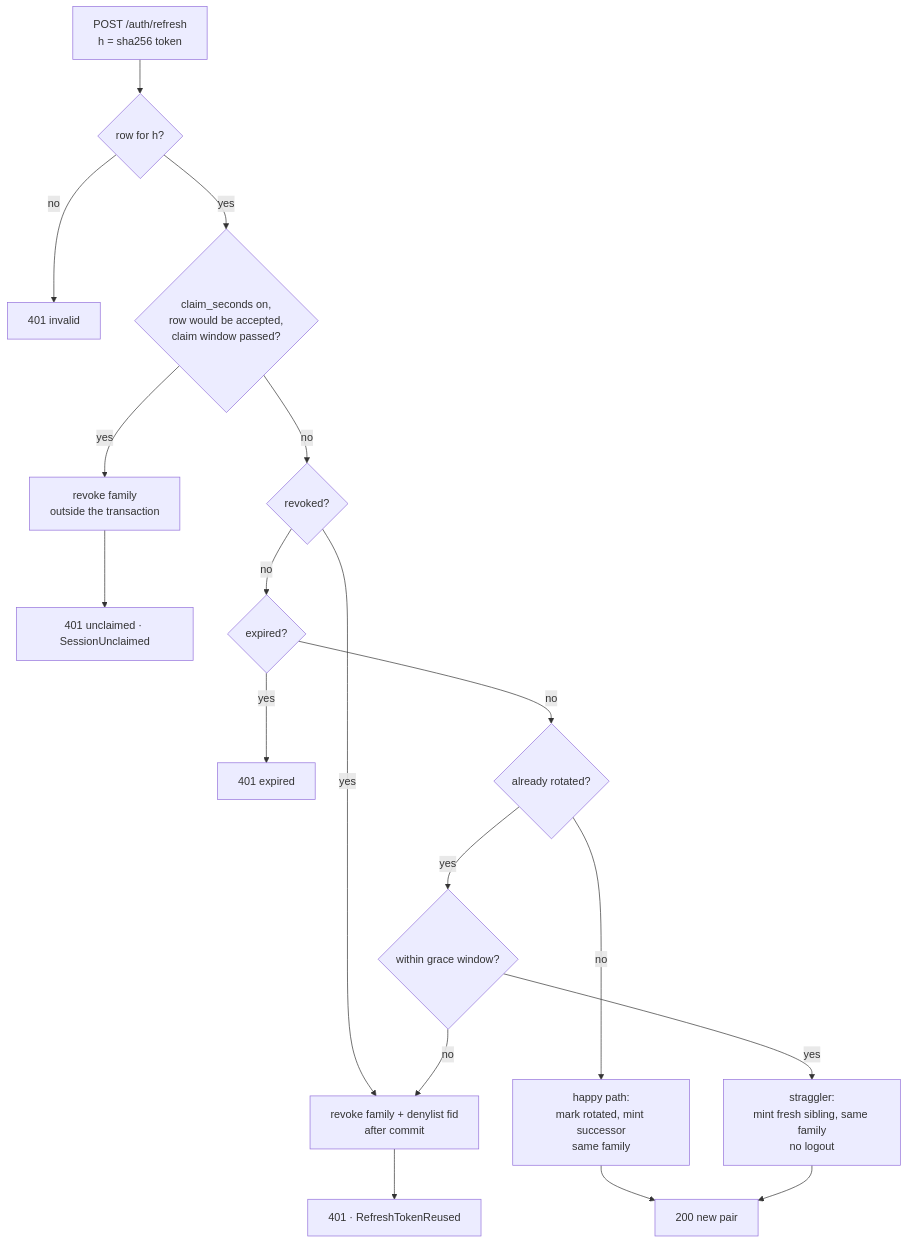
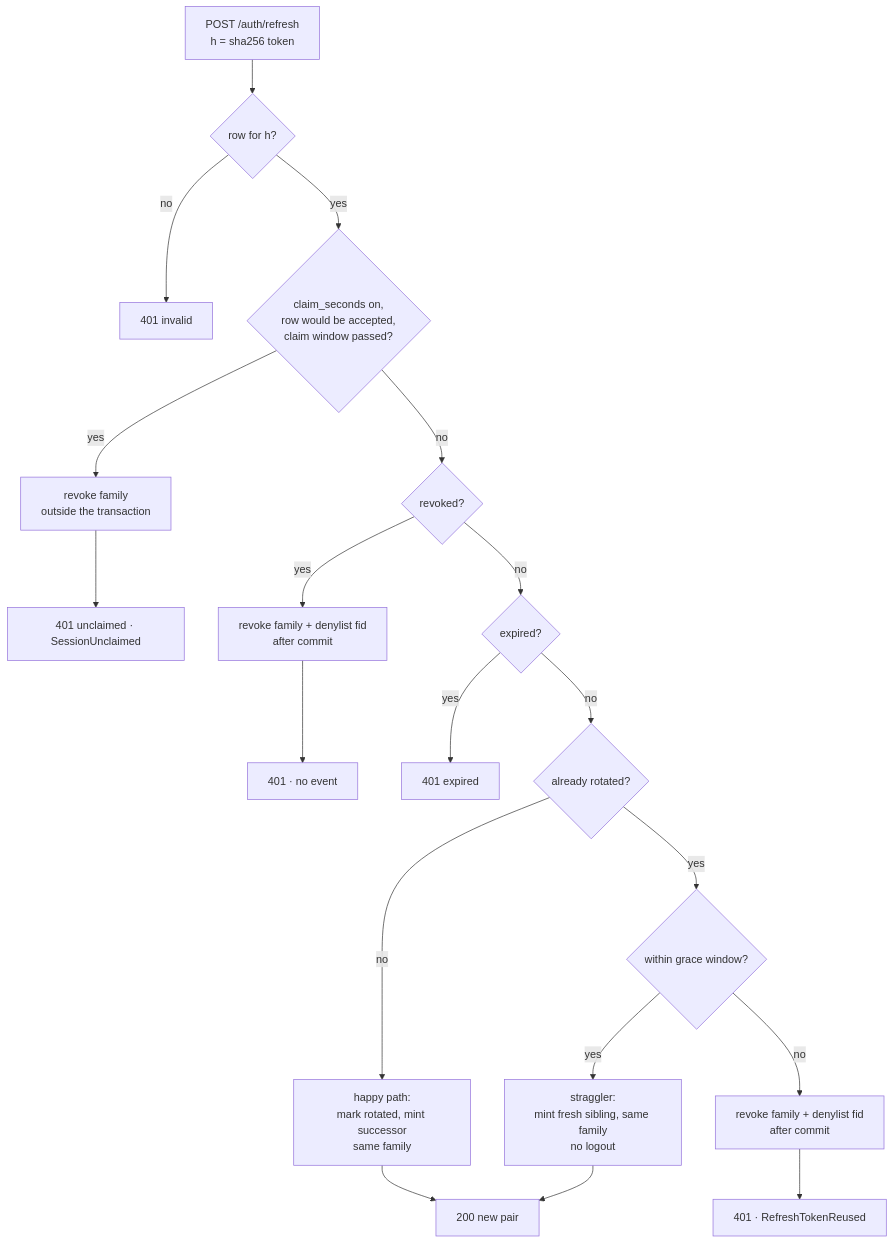
The diagram in docs/tokens-and-rotation.md (stsepelin/lukk-docs), drawn with Mermaid before and after one commit. The commit also changed other lines of this file and 9 other files, not shown here.

Commit message:
docs: a revoked-token replay fires no event, login buckets key on the fold only, the lockout counts fold and account, export timestamps are ISO-8601

````diff
--- a/docs/tokens-and-rotation.md
+++ b/docs/tokens-and-rotation.md
@@ -89,16 +89,16 @@
 ```mermaid
 flowchart TD
     A[POST /auth/refresh<br/>h = sha256 token] --> B{row for h?}
     B -- no --> X[401 invalid]
     B -- yes --> N{claim_seconds on,<br/>row would be accepted,<br/>claim window passed?}
     N -- yes --> U[revoke family<br/>outside the transaction] --> V[401 unclaimed · SessionUnclaimed]
     N -- no --> C{revoked?}
-    C -- yes --> K[revoke family + denylist fid<br/>after commit] --> R[401 · RefreshTokenReused]
+    C -- yes --> KR[revoke family + denylist fid<br/>after commit] --> R0[401 · no event]
     C -- no --> D{expired?}
     D -- yes --> X2[401 expired]
     D -- no --> E{already rotated?}
     E -- no --> H[happy path:<br/>mark rotated, mint successor<br/>same family] --> P[200 new pair]
     E -- yes --> G{within grace window?}
     G -- yes --> S[straggler:<br/>mint fresh sibling, same family<br/>no logout] --> P
-    G -- no --> K
+    G -- no --> K[revoke family + denylist fid<br/>after commit] --> R[401 · RefreshTokenReused]
 ```
````
